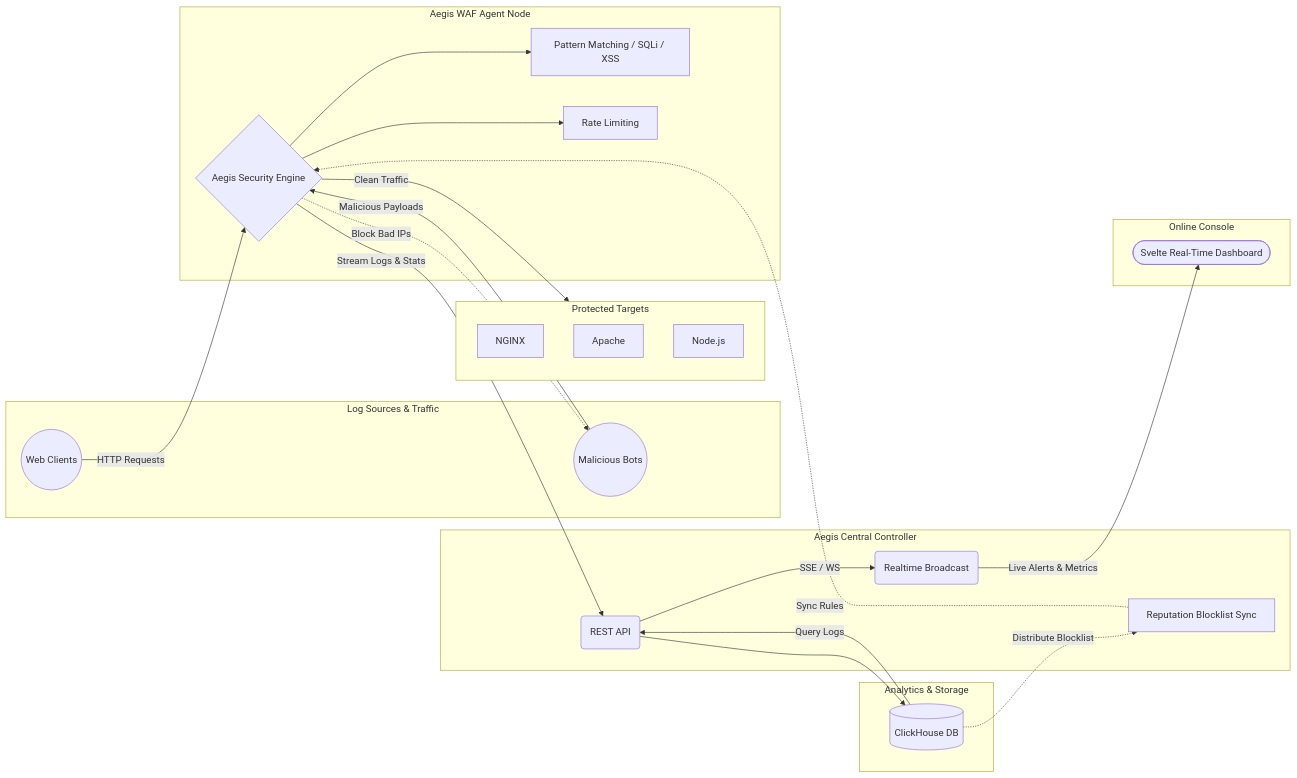
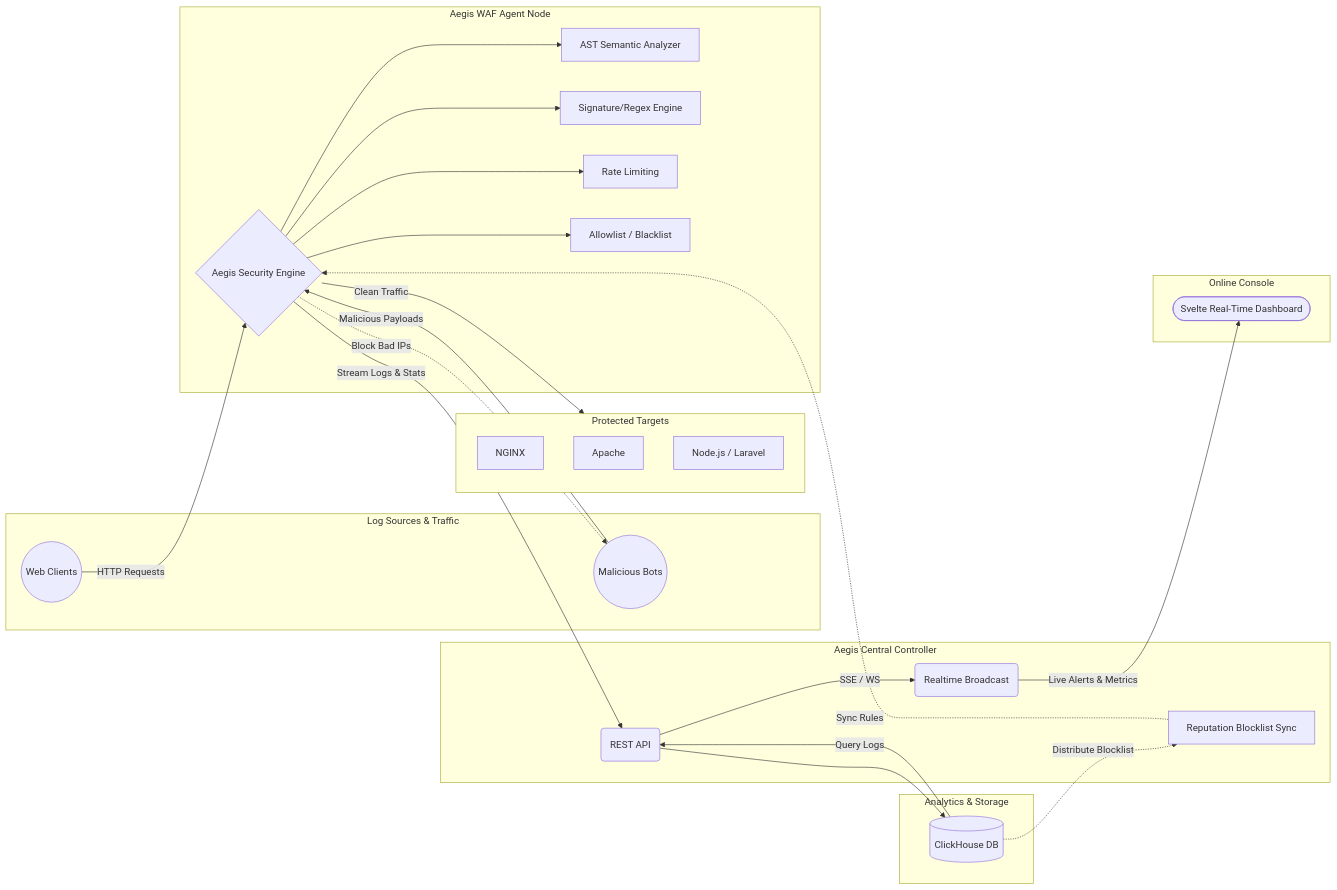
One commit to Azhar457/jarswaf changed the diagram in README.md. Above: the diagram before and after it, drawn with Mermaid. The commit also changed other lines of this file and 1 other file, not shown here.

Commit message:
docs: update project documentation and refactor manager script architecture

````diff
--- a/README.md
+++ b/README.md
@@ -9,58 +30,62 @@
 ```mermaid
 flowchart LR
     %% Clients & Sources
-    subgraph Sources [Log Sources & Traffic]
-        Clients((Web Clients))
-        Bots((Malicious Bots))
+    subgraph Sources ["Log Sources & Traffic"]
+        Clients(("Web Clients"))
+        Bots(("Malicious Bots"))
     end
 
     %% WAF Agent
-    subgraph Agent [Aegis WAF Agent Node]
-        WAF_Engine{Aegis Security Engine}
-        Rules[Pattern Matching / SQLi / XSS]
-        RateLimit[Rate Limiting]
-        WAF_Engine --> Rules
+    subgraph Agent ["Aegis WAF Agent Node"]
+        WAF_Engine{"Aegis Security Engine"}
+        AST["AST Semantic Analyzer"]
+        Regex["Signature/Regex Engine"]
+        RateLimit["Rate Limiting"]
+        ACL["Allowlist / Blacklist"]
+        WAF_Engine --> AST
+        WAF_Engine --> Regex
         WAF_Engine --> RateLimit
+        WAF_Engine --> ACL
     end
 
     %% Web Servers
-    subgraph Targets [Protected Targets]
-        Nginx[NGINX]
-        Apache[Apache]
-        NodeJS[Node.js]
+    subgraph Targets ["Protected Targets"]
+        Nginx["NGINX"]
+        Apache["Apache"]
+        NodeJS["Node.js / Laravel"]
     end
 
     %% Central Brain
-    subgraph Central [Aegis Central Controller]
-        API(REST API)
-        WebSocket(Realtime Broadcast)
-        Reputation[Reputation Blocklist Sync]
+    subgraph Central ["Aegis Central Controller"]
+        API("REST API")
+        WebSocket("Realtime Broadcast")
+        Reputation["Reputation Blocklist Sync"]
     end
-    
+
     %% Analytics
-    subgraph Data [Analytics & Storage]
-        ClickHouse[(ClickHouse DB)]
+    subgraph Data ["Analytics & Storage"]
+        ClickHouse[("ClickHouse DB")]
     end
 
     %% Dashboard
-    subgraph UI [Online Console]
-        Dashboard([Svelte Real-Time Dashboard])
+    subgraph UI ["Online Console"]
+        Dashboard(["Svelte Real-Time Dashboard"])
     end
 
     %% Connections
     Clients -- "HTTP Requests" --> WAF_Engine
     Bots -- "Malicious Payloads" --> WAF_Engine
 
     WAF_Engine -- "Clean Traffic" --> Targets
     WAF_Engine -. "Block Bad IPs" .-> Bots
 
     WAF_Engine -- "Stream Logs & Stats" --> API
     API --> ClickHouse
 
     ClickHouse -. "Distribute Blocklist" .-> Reputation
     Reputation -. "Sync Rules" .-> WAF_Engine
 
     ClickHouse -- "Query Logs" --> API
     API -- "SSE / WS" --> WebSocket
     WebSocket -- "Live Alerts & Metrics" --> Dashboard
 ```
````
